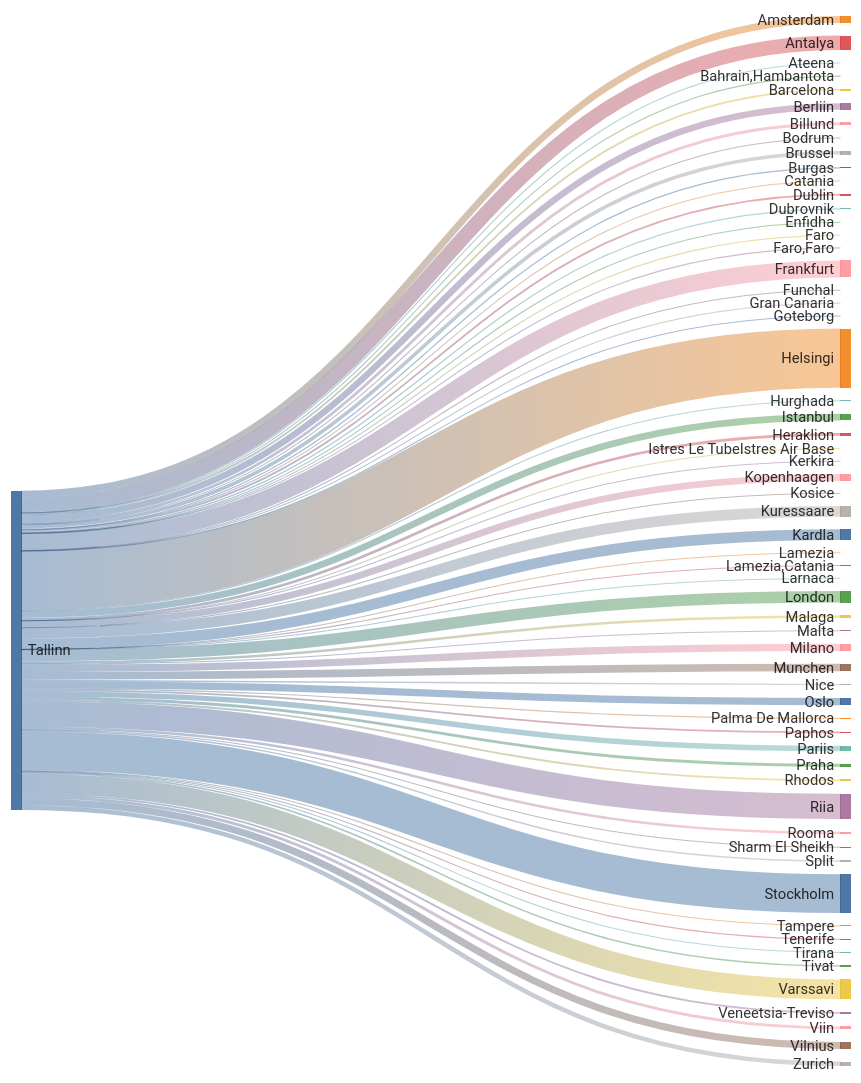
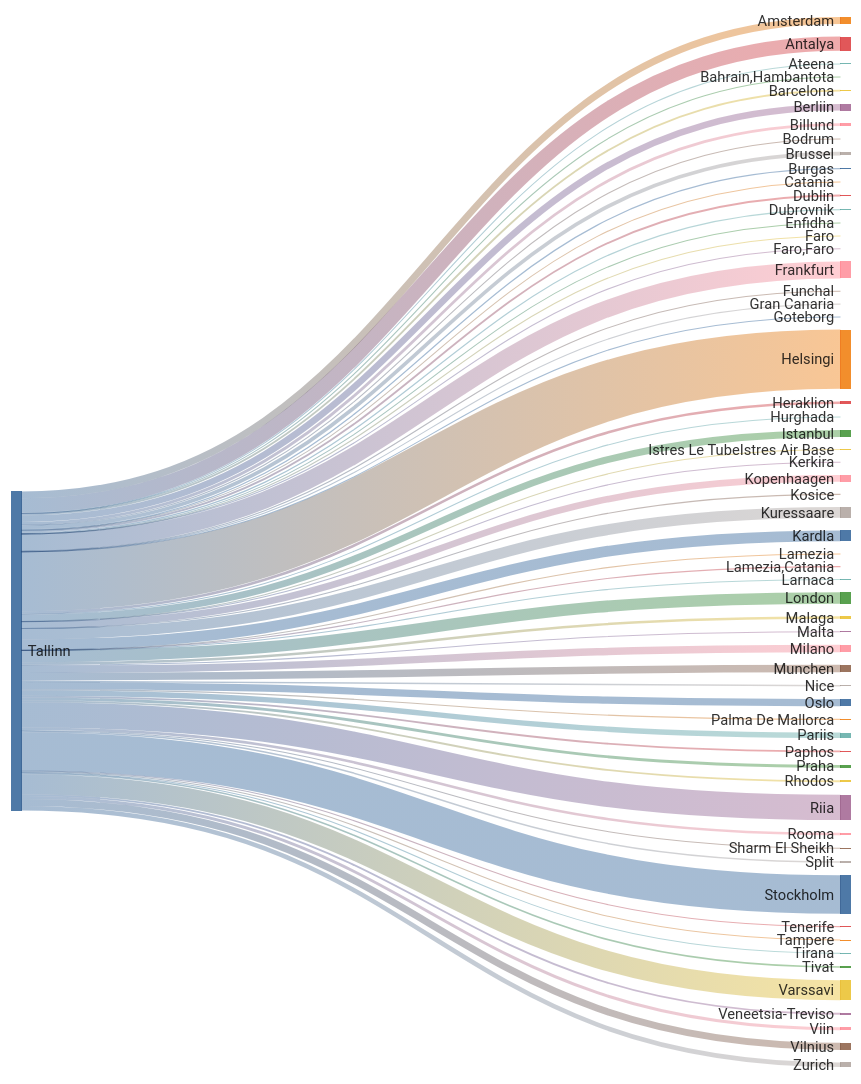
One commit to rainermesi/tll-airport-departures changed the second of 2 diagrams in README.md. Above: the diagram before and after it, drawn with Mermaid. The commit also changed other lines of this file, not shown here.

````diff
--- a/README.md
+++ b/README.md
@@ -34,72 +34,72 @@
 ```mermaid
 ---
 config:
   sankey:
     showValues: false
     width: 800
     height: 1000
 ---
 sankey-beta
 %% source,target,value
-Tallinn,Amsterdam,117
+Tallinn,Amsterdam,119
 Tallinn,Antalya,247
 Tallinn,Ateena,16
 Tallinn,"Bahrain,Hambantota",1
 Tallinn,Barcelona,32
-Tallinn,Berliin,111
+Tallinn,Berliin,112
 Tallinn,Billund,49
 Tallinn,Bodrum,11
-Tallinn,Brussel,62
+Tallinn,Brussel,63
 Tallinn,Burgas,21
 Tallinn,Catania,2
-Tallinn,Dublin,31
+Tallinn,Dublin,32
 Tallinn,Dubrovnik,21
 Tallinn,Enfidha,7
 Tallinn,Faro,4
 Tallinn,"Faro,Faro",1
-Tallinn,Frankfurt,291
-Tallinn,Funchal,4
+Tallinn,Frankfurt,294
+Tallinn,Funchal,5
 Tallinn,Gran Canaria,7
 Tallinn,Goteborg,1
-Tallinn,Helsingi,1015
+Tallinn,Helsingi,1024
 Tallinn,Heraklion,46
-Tallinn,Hurghada,12
-Tallinn,Istanbul,116
+Tallinn,Hurghada,13
+Tallinn,Istanbul,118
 Tallinn,Istres Le TubeIstres Air Base,2
 Tallinn,Kerkira,4
-Tallinn,Kopenhaagen,115
+Tallinn,Kopenhaagen,116
 Tallinn,Kosice,1
-Tallinn,Kuressaare,185
-Tallinn,Kardla,185
+Tallinn,Kuressaare,187
+Tallinn,Kardla,187
 Tallinn,Lamezia,1
 Tallinn,"Lamezia,Catania",3
 Tallinn,Larnaca,4
-Tallinn,London,199
+Tallinn,London,200
 Tallinn,Malaga,43
 Tallinn,Malta,15
-Tallinn,Milano,126
+Tallinn,Milano,127
 Tallinn,Munchen,130
 Tallinn,Nice,25
-Tallinn,Oslo,124
+Tallinn,Oslo,125
 Tallinn,Palma De Mallorca,19
-Tallinn,Paphos,30
-Tallinn,Pariis,92
+Tallinn,Paphos,31
+Tallinn,Pariis,93
 Tallinn,Praha,49
 Tallinn,Rhodos,32
-Tallinn,Riia,433
+Tallinn,Riia,437
 Tallinn,Rooma,44
 Tallinn,Sharm El Sheikh,14
 Tallinn,Split,25
-Tallinn,Stockholm,661
+Tallinn,Stockholm,664
 Tallinn,Tampere,17
-Tallinn,Tenerife,9
+Tallinn,Tenerife,10
 Tallinn,Tirana,8
 Tallinn,Tivat,26
-Tallinn,Varssavi,342
+Tallinn,Varssavi,345
 Tallinn,Veneetsia-Treviso,32
-Tallinn,Viin,50
-Tallinn,Vilnius,120
-Tallinn,Zurich,78
+Tallinn,Viin,51
+Tallinn,Vilnius,121
+Tallinn,Zurich,79
 
 
 ```
````
